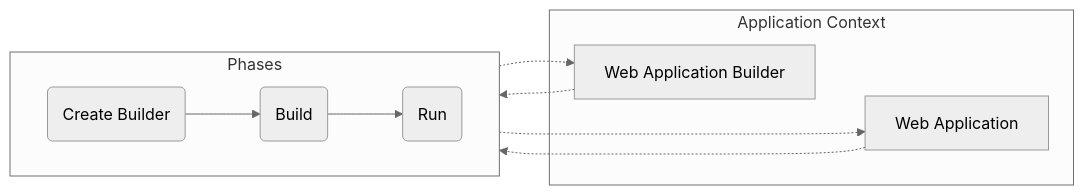
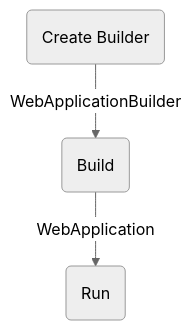
The third of 3 diagrams in docs/architecture/application.md (mouseless/baked), drawn with Mermaid (neutral theme) before and after one commit. The commit also changed other lines of this file and 4 other files, not shown here.

````diff
--- a/docs/architecture/application.md
+++ b/docs/architecture/application.md
@@ -230,23 +213,9 @@
 ```mermaid
-flowchart LR
-    subgraph P[Phases]
-        direction LR
-        CB(Create Builder)
-        B(Build)
-        R(Run)
+flowchart TB
+  CB(Create Builder)
+  B(Build)
+  R(Run)
 
-        CB --> B --> R
-    end
-
-    subgraph AC[Application Context]
-        WAB[Web Application Builder]
-        WA[Web Application]
-
-        WAB ~~~ WA
-    end
-
-    CB -.-> WAB
-    WAB -.-> B
-    B -.-> WA
-    WA -.-> R
+  CB -->|WebApplicationBuilder| B
+  B --> |WebApplication| R
 ```
````
